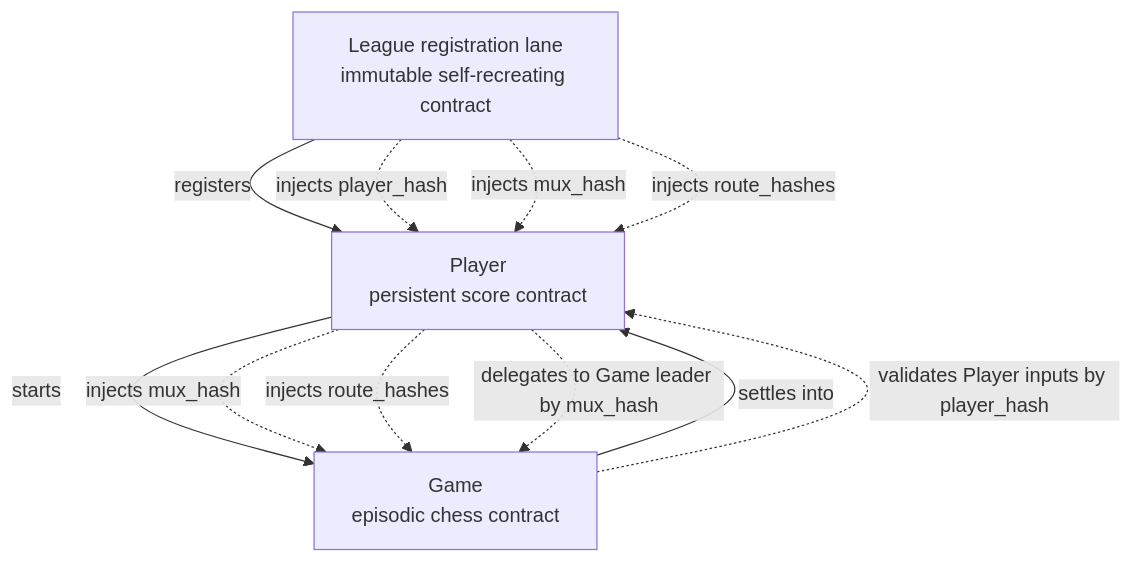
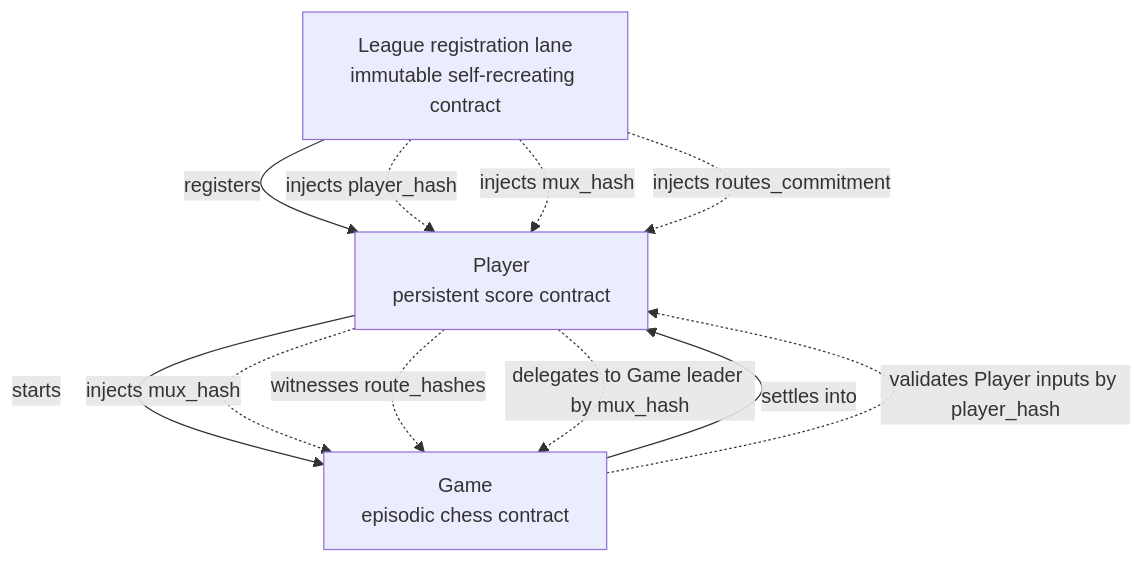
The first of 2 diagrams in examples/chess/book/src/dependencies.md (michaelsutton/silverscript), drawn with Mermaid before and after one commit. The commit also changed other lines of this file and 3 other files, not shown here.

Commit message:
compress to routes commitment and drop player noop

````diff
--- a/examples/chess/book/src/dependencies.md
+++ b/examples/chess/book/src/dependencies.md
@@ -5,20 +5,20 @@
 ```mermaid
 flowchart TD
     L[League registration lane<br/>immutable self-recreating contract]
     P[Player<br/>persistent score contract]
     G[Game<br/>episodic chess contract]
 
     L -- registers --> P
     P -- starts --> G
     G -- settles into --> P
 
     L -. injects player_hash .-> P
     L -. injects mux_hash .-> P
-    L -. injects route_hashes .-> P
+    L -. injects routes_commitment .-> P
 
     P -. injects mux_hash .-> G
-    P -. injects route_hashes .-> G
+    P -. witnesses route_hashes .-> G
 
     G -. validates Player inputs by player_hash .-> P
     P -. delegates to Game leader by mux_hash .-> G
 ```
````
